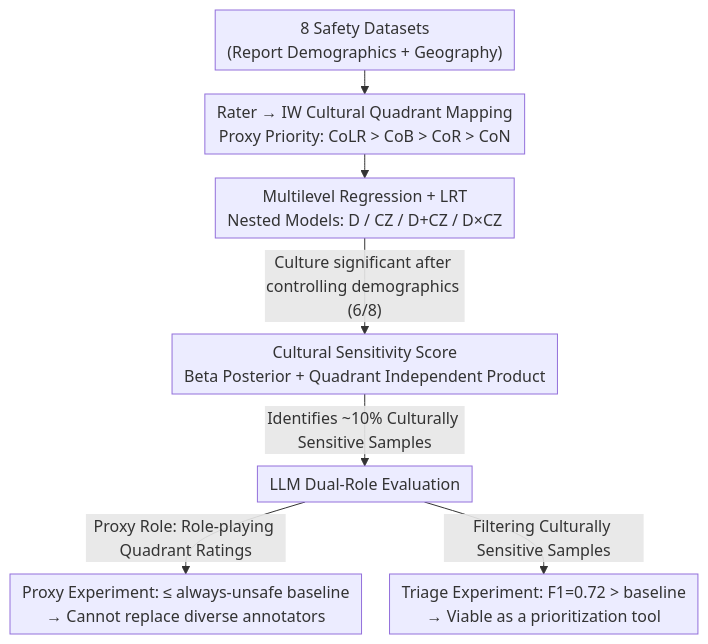
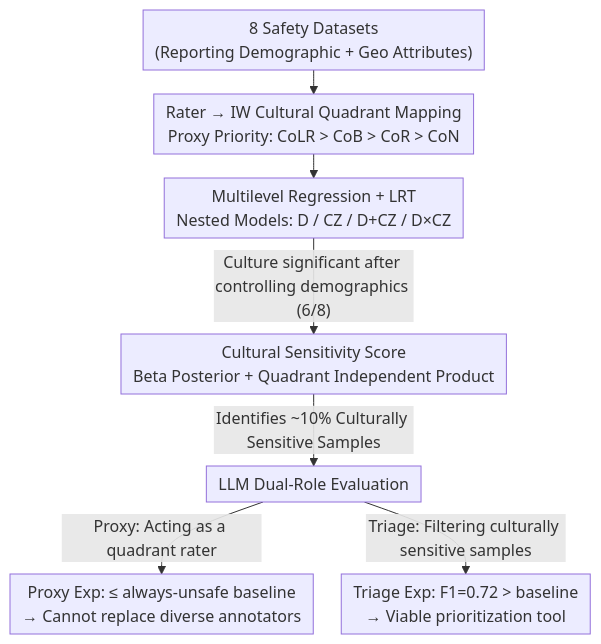
One commit to zhaoyang97/Paper-Notes-en changed the diagram in docs/ICML2026/llm_alignment/quantifying_the_salience_of_geo-cultural_values_for_pluralistic_safety_alignment.md. Above: the diagram before and after it, drawn with Mermaid. The commit also changed other lines of this file and 5084 other files, not shown here.

````diff
--- a/docs/ICML2026/llm_alignment/quantifying_the_salience_of_geo-cultural_values_for_pluralistic_safety_alignment.md
+++ b/docs/ICML2026/llm_alignment/quantifying_the_salience_of_geo-cultural_values_for_pluralistic_safety_alignment.md
@@ -42,10 +42,10 @@
 ```mermaid
 %%{init: {'flowchart': {'rankSpacing': 24, 'nodeSpacing': 28, 'padding': 6, 'wrappingWidth': 400}}}%%
 flowchart TD
-    A["8 Safety Datasets<br/>(Report Demographics + Geography)"] --> B["Rater → IW Cultural Quadrant Mapping<br/>Proxy Priority: CoLR > CoB > CoR > CoN"]
+    A["8 Safety Datasets<br/>(Reporting Demographic + Geo Attributes)"] --> B["Rater → IW Cultural Quadrant Mapping<br/>Proxy Priority: CoLR > CoB > CoR > CoN"]
     B --> C["Multilevel Regression + LRT<br/>Nested Models: D / CZ / D+CZ / D×CZ"]
     C -->|"Culture significant after controlling demographics (6/8)"| D["Cultural Sensitivity Score<br/>Beta Posterior + Quadrant Independent Product"]
     D -->|"Identifies ~10% Culturally Sensitive Samples"| E["LLM Dual-Role Evaluation"]
-    E -->|"Proxy Role: Role-playing Quadrant Ratings"| F["Proxy Experiment: ≤ always-unsafe baseline<br/>→ Cannot replace diverse annotators"]
-    E -->|"Filtering Culturally Sensitive Samples"| G["Triage Experiment: F1=0.72 > baseline<br/>→ Viable as a prioritization tool"]
+    E -->|"Proxy: Acting as a quadrant rater"| F["Proxy Exp: ≤ always-unsafe baseline<br/>→ Cannot replace diverse annotators"]
+    E -->|"Triage: Filtering culturally sensitive samples"| G["Triage Exp: F1=0.72 > baseline<br/>→ Viable prioritization tool"]
 ```
````
